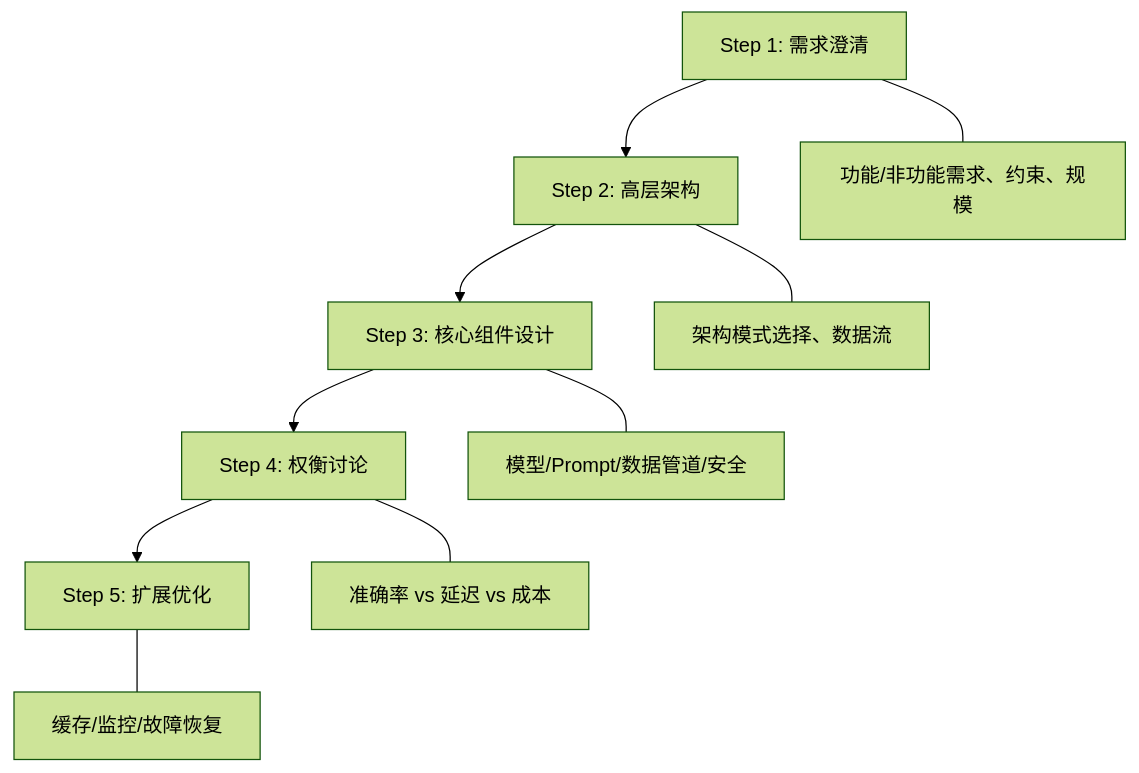
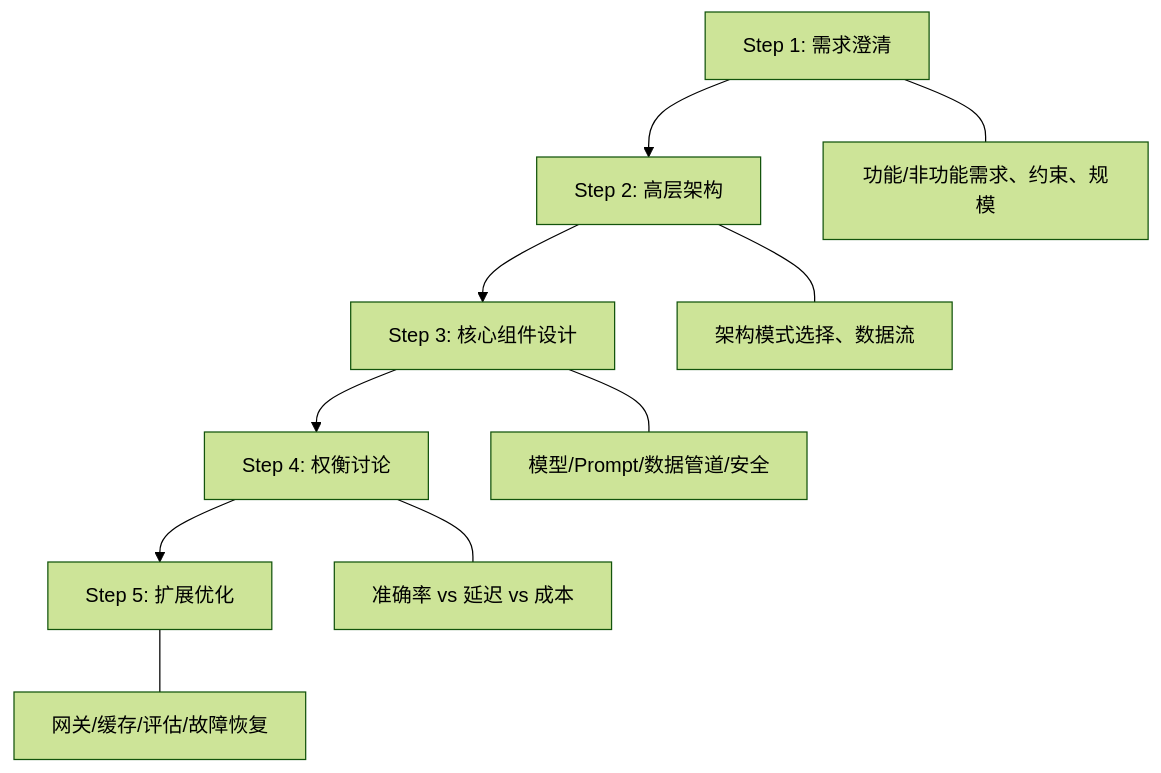
The first of 6 diagrams in docs/ai-technology/ai-system-design.md (liukun2634/dev-interview-guide), drawn with Mermaid (forest theme) before and after one commit. The commit also changed other lines of this file and 58 other files, not shown here.

````diff
--- a/docs/ai-technology/ai-system-design.md
+++ b/docs/ai-technology/ai-system-design.md
@@ -19,13 +19,13 @@
 ```mermaid
 graph TD
     S1["Step 1: 需求澄清"] --> S2["Step 2: 高层架构"]
     S2 --> S3["Step 3: 核心组件设计"]
     S3 --> S4["Step 4: 权衡讨论"]
     S4 --> S5["Step 5: 扩展优化"]
     
     S1 --- S1a["功能/非功能需求、约束、规模"]
     S2 --- S2a["架构模式选择、数据流"]
     S3 --- S3a["模型/Prompt/数据管道/安全"]
     S4 --- S4a["准确率 vs 延迟 vs 成本"]
-    S5 --- S5a["缓存/监控/故障恢复"]
+    S5 --- S5a["网关/缓存/评估/故障恢复"]
 ```
````
